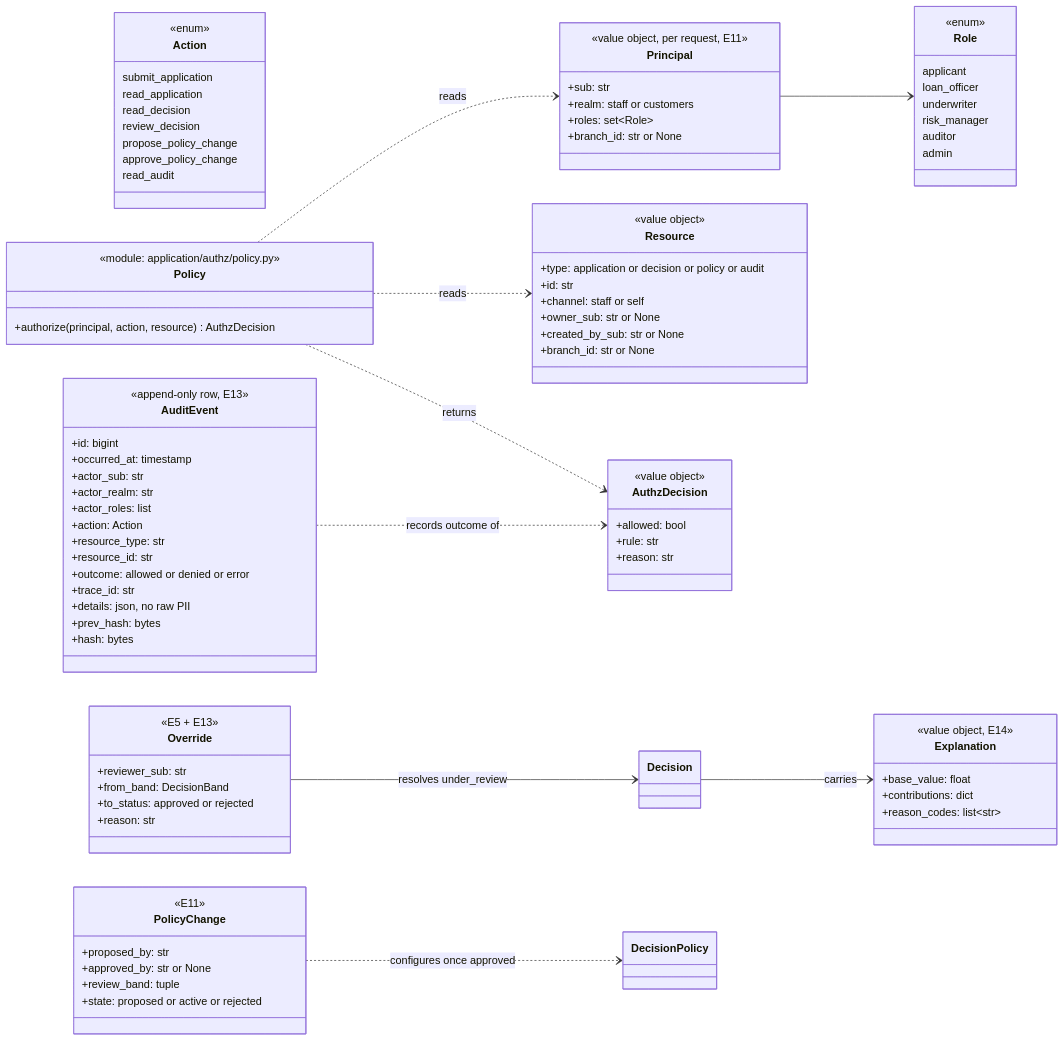
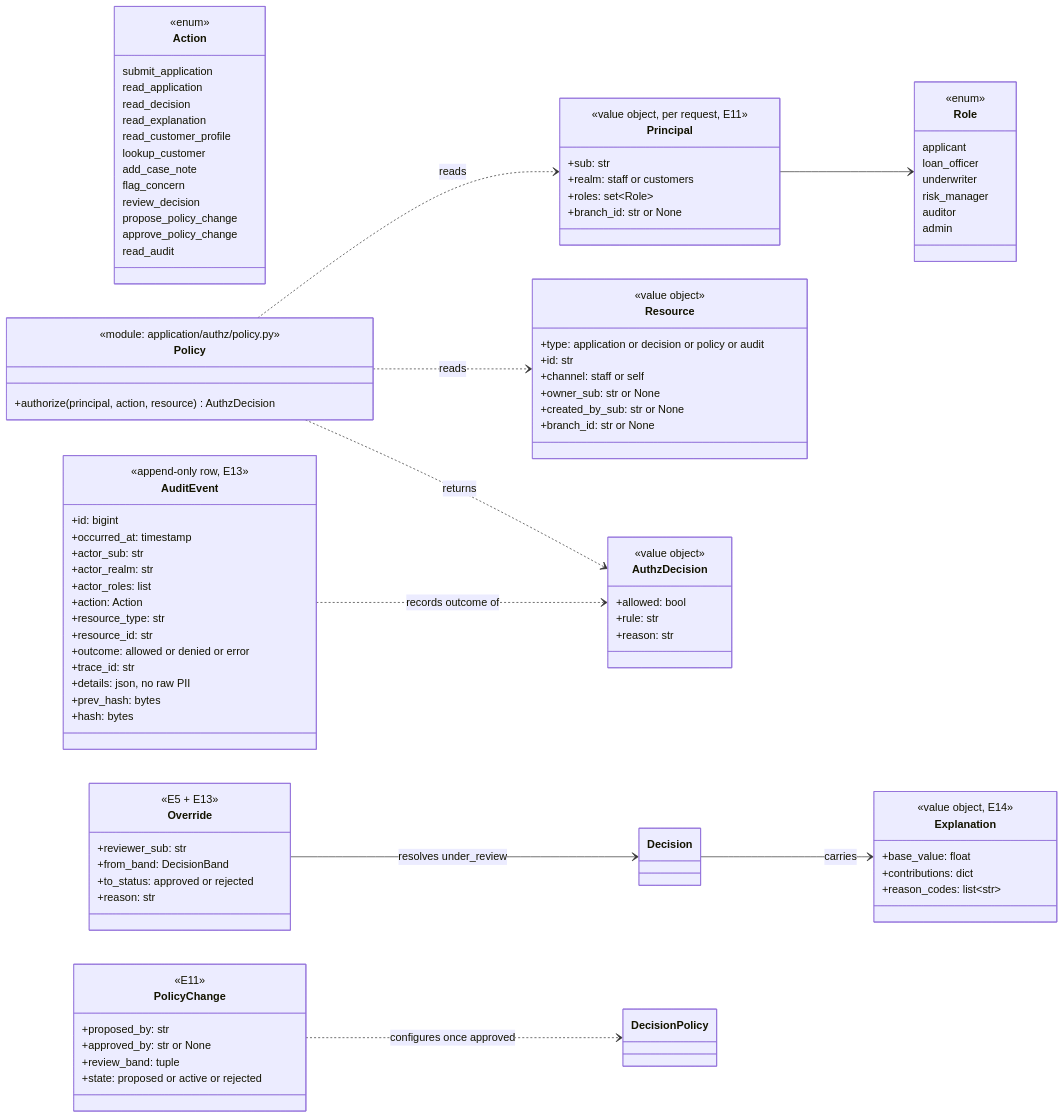
Before and after one commit to ngnquanq/credit-risk-ml-system: the fifth of 7 diagrams in docs/architecture/domain-model.md, drawn with Mermaid. The commit also changed 10 other files, not shown here.

```diff
--- a/docs/architecture/domain-model.md
+++ b/docs/architecture/domain-model.md
@@ -260,6 +260,11 @@
         submit_application
         read_application
         read_decision
+        read_explanation
+        read_customer_profile
+        lookup_customer
+        add_case_note
+        flag_concern
         review_decision
         propose_policy_change
         approve_policy_change
```
